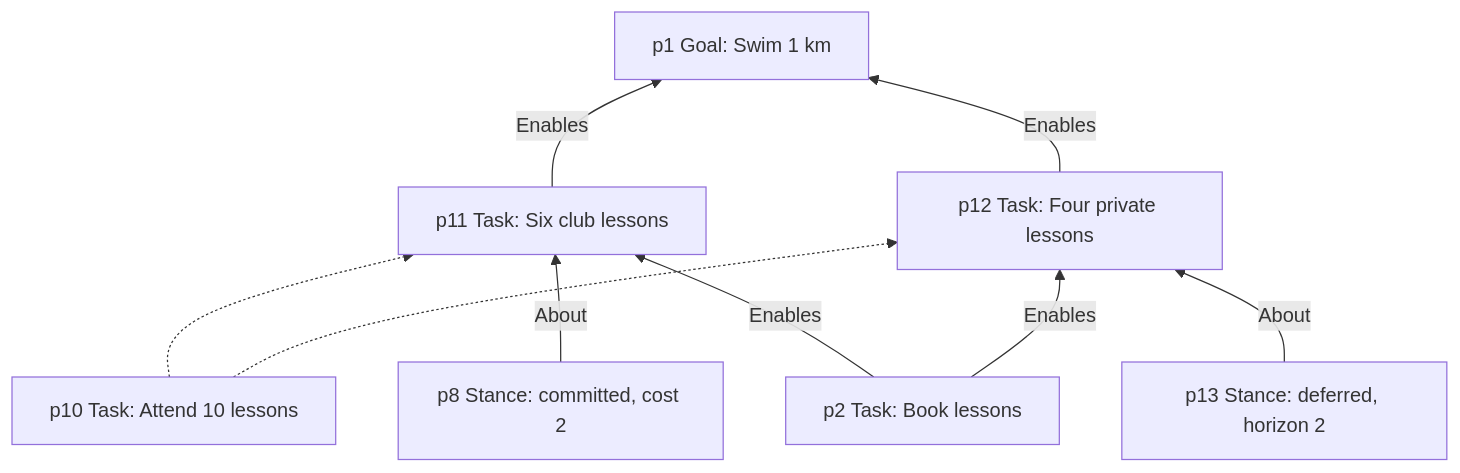
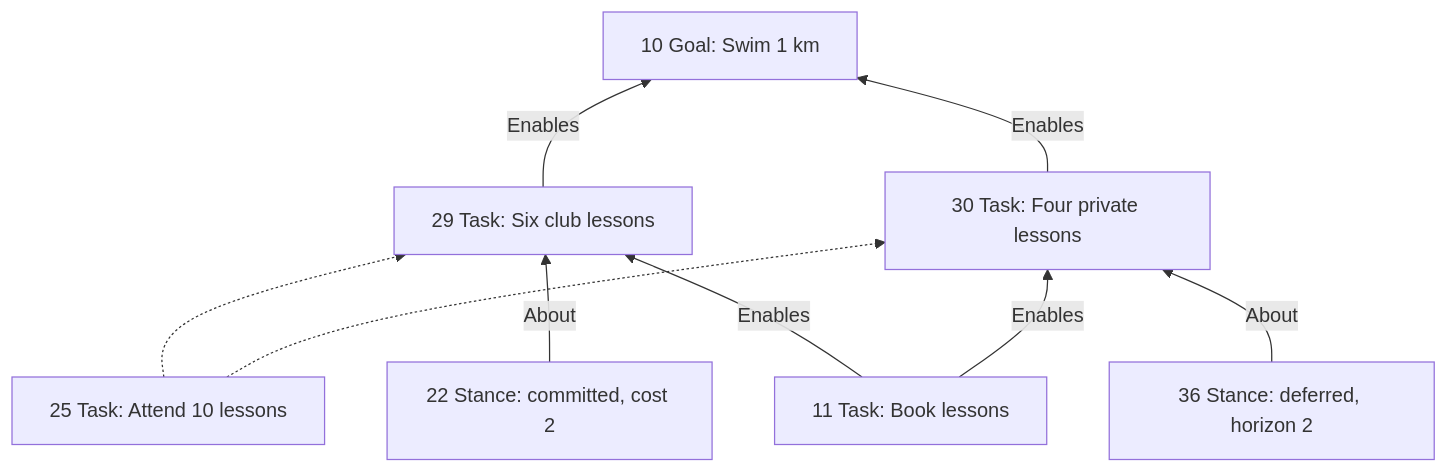
Before and after one commit to RezaOnGithub/lifecore: the fourth of 12 diagrams in docs/PLANNING-EXPLAINER.md, drawn with Mermaid. The commit also changed other lines of this file and 1 other file, not shown here.

````diff
--- a/docs/PLANNING-EXPLAINER.md
+++ b/docs/PLANNING-EXPLAINER.md
@@ -223,12 +515,12 @@
 ```mermaid
 flowchart BT
-    T2b["p10 Task: Attend 10 lessons"]
-    T2b -.-> A["p11 Task: Six club lessons"]
-    T2b -.-> B["p12 Task: Four private lessons"]
-    T1["p2 Task: Book lessons"] -- Enables --> A
+    T2b["25 Task: Attend 10 lessons"]
+    T2b -.-> A["29 Task: Six club lessons"]
+    T2b -.-> B["30 Task: Four private lessons"]
+    T1["11 Task: Book lessons"] -- Enables --> A
     T1 -- Enables --> B
-    A -- Enables --> G["p1 Goal: Swim 1 km"]
+    A -- Enables --> G["10 Goal: Swim 1 km"]
     B -- Enables --> G
-    S3["p8 Stance: committed, cost 2"] -- About --> A
-    S4["p13 Stance: deferred, horizon 2"] -- About --> B
+    S3["22 Stance: committed, cost 2"] -- About --> A
+    S4["36 Stance: deferred, horizon 2"] -- About --> B
 ```
````
